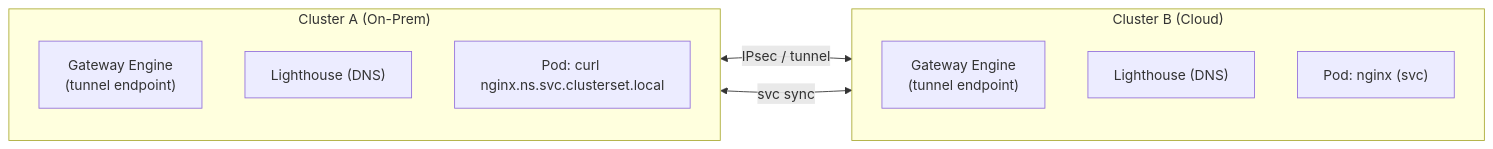
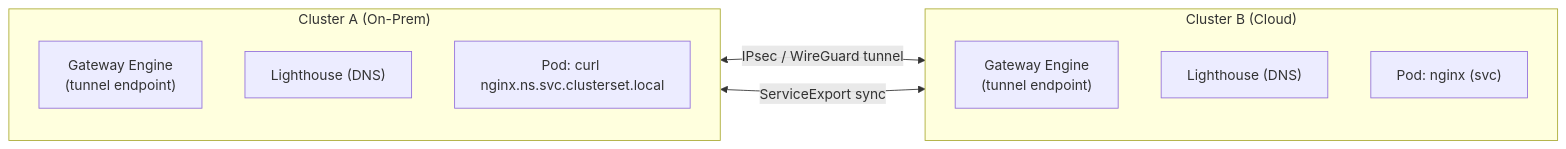
The third of 5 diagrams in src/content/docs/on-premises/resilience/module-8.2-hybrid-connectivity.md (kube-dojo/kube-dojo), drawn with Mermaid before and after one commit. The commit also changed other lines of this file and 3 other files, not shown here.

````diff
--- a/src/content/docs/on-premises/resilience/module-8.2-hybrid-connectivity.md
+++ b/src/content/docs/on-premises/resilience/module-8.2-hybrid-connectivity.md
@@ -173,19 +197,19 @@
 ```mermaid
 flowchart LR
     subgraph ClusterA["Cluster A (On-Prem)"]
         direction TB
         geA["Gateway Engine\n(tunnel endpoint)"]
         lhA["Lighthouse (DNS)"]
         podA["Pod: curl nginx.ns.svc.clusterset.local"]
     end
 
     subgraph ClusterB["Cluster B (Cloud)"]
         direction TB
         geB["Gateway Engine\n(tunnel endpoint)"]
         lhB["Lighthouse (DNS)"]
         podB["Pod: nginx (svc)"]
     end
 
-    geA <-->|"IPsec / tunnel"| geB
-    lhA <-->|"svc sync"| lhB
+    geA <-->|"IPsec / WireGuard tunnel"| geB
+    lhA <-->|"ServiceExport sync"| lhB
 ```
````
